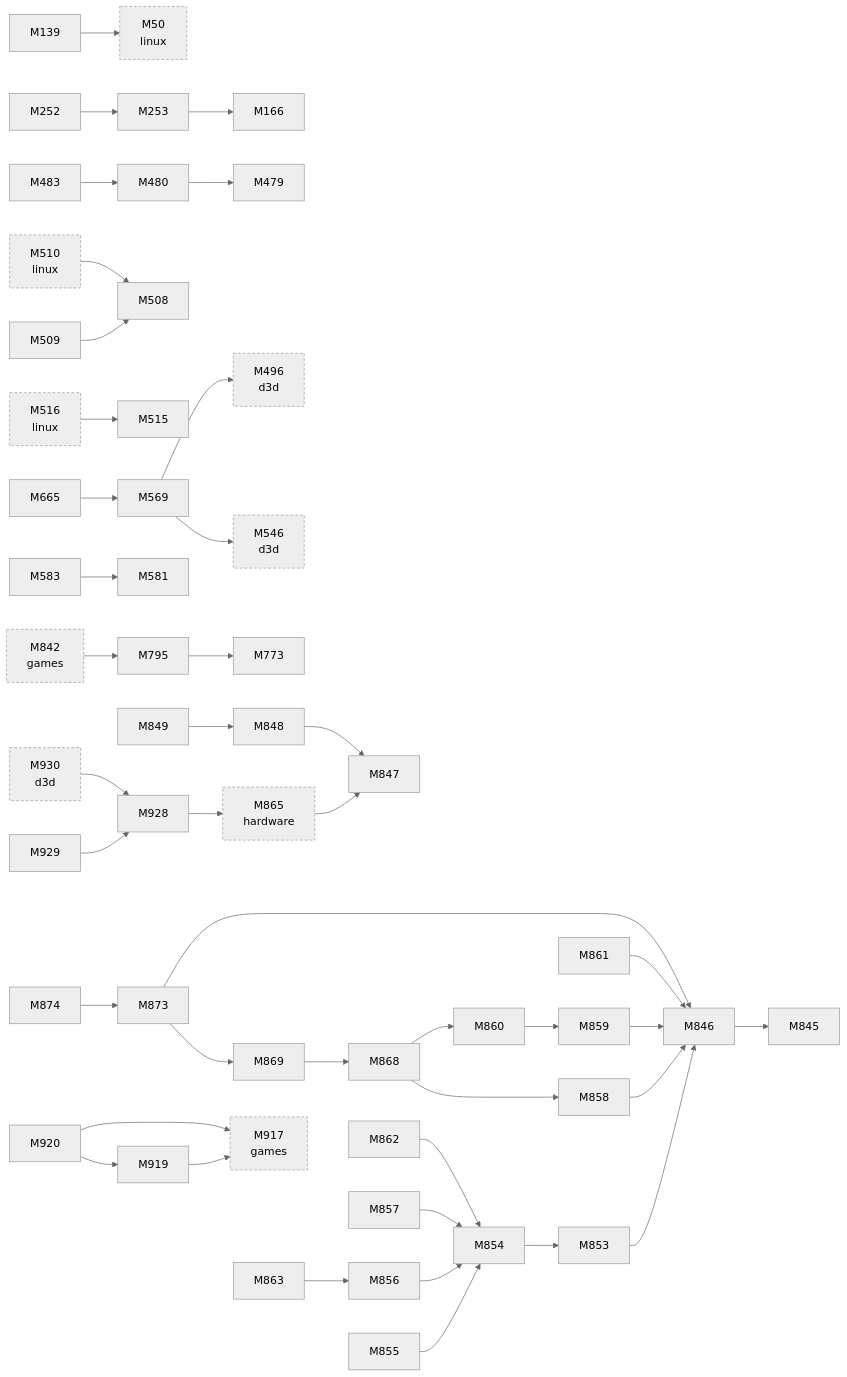
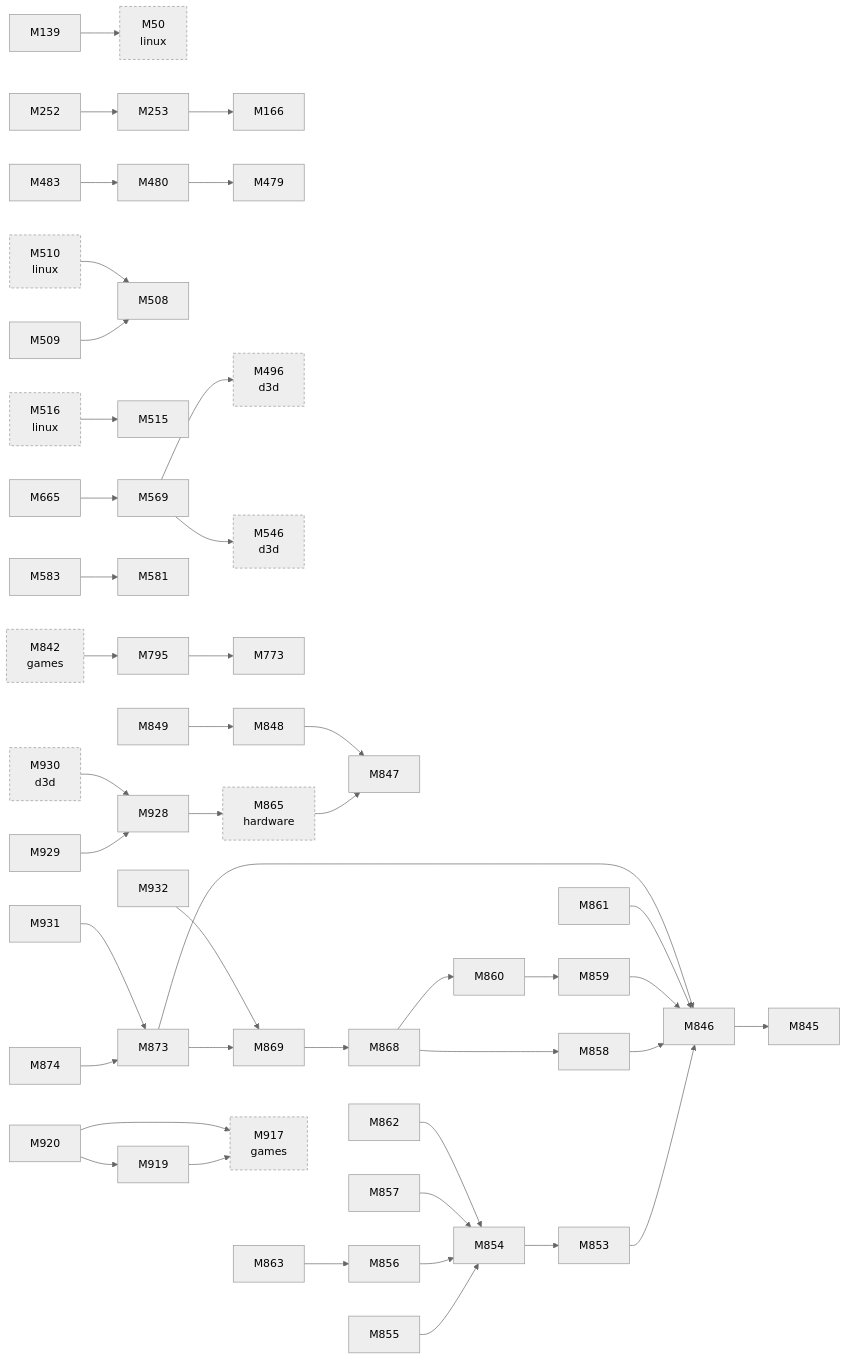
Before and after one commit to D-Ogi/amdgpu-wddm: the second of 2 diagrams in docs/facts/graphs/icd.md, drawn with Mermaid (neutral theme). The commit also changed 38 other files, not shown here.

```diff
--- a/docs/facts/graphs/icd.md
+++ b/docs/facts/graphs/icd.md
@@ -88,6 +88,8 @@
   M928["M928"]
   M929["M929"]
   M930["M930<br/>d3d"]
+  M931["M931"]
+  M932["M932"]
   M865 --> M847
   M139 --> M50
   M252 --> M253
@@ -125,6 +127,8 @@
   M920 --> M919
   M928 --> M865
   M929 --> M928
+  M931 --> M873
+  M932 --> M869
   M930 --> M928
   M842 --> M795
   M510 --> M508
```
